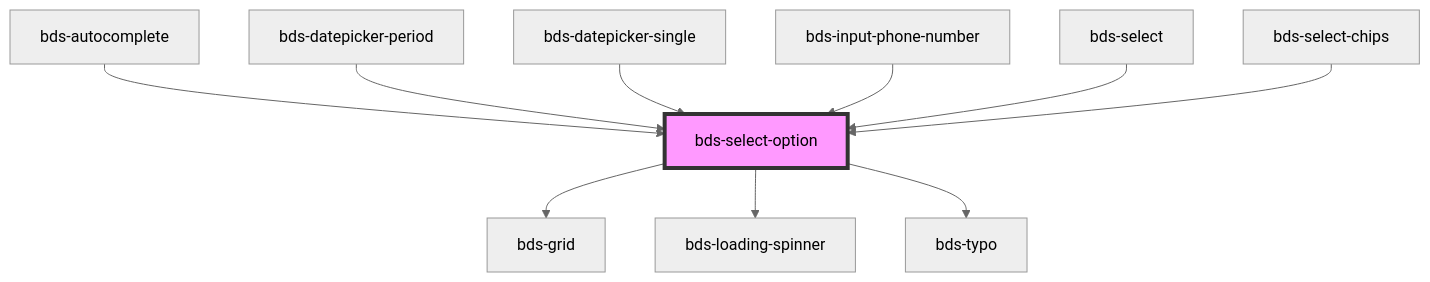
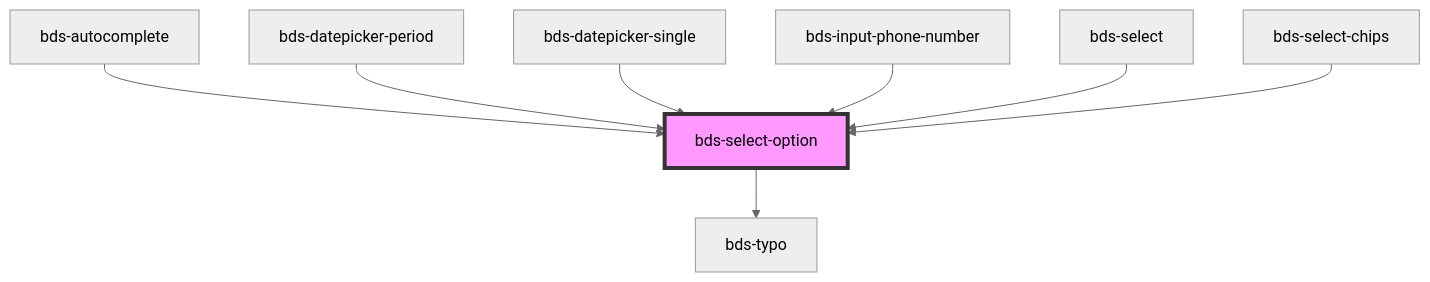
Before and after one commit to takenet/blip-ds: the diagram in src/components/select-option/readme.md, drawn with Mermaid (neutral theme). The commit also changed other lines of this file and 13 other files, not shown here.

````diff
--- a/src/components/select-option/readme.md
+++ b/src/components/select-option/readme.md
@@ -50,13 +47,11 @@
 ```mermaid
 graph TD;
-  bds-select-option --> bds-grid
-  bds-select-option --> bds-loading-spinner
   bds-select-option --> bds-typo
   bds-autocomplete --> bds-select-option
   bds-datepicker-period --> bds-select-option
   bds-datepicker-single --> bds-select-option
   bds-input-phone-number --> bds-select-option
   bds-select --> bds-select-option
   bds-select-chips --> bds-select-option
   style bds-select-option fill:#f9f,stroke:#333,stroke-width:4px
 ```
````
